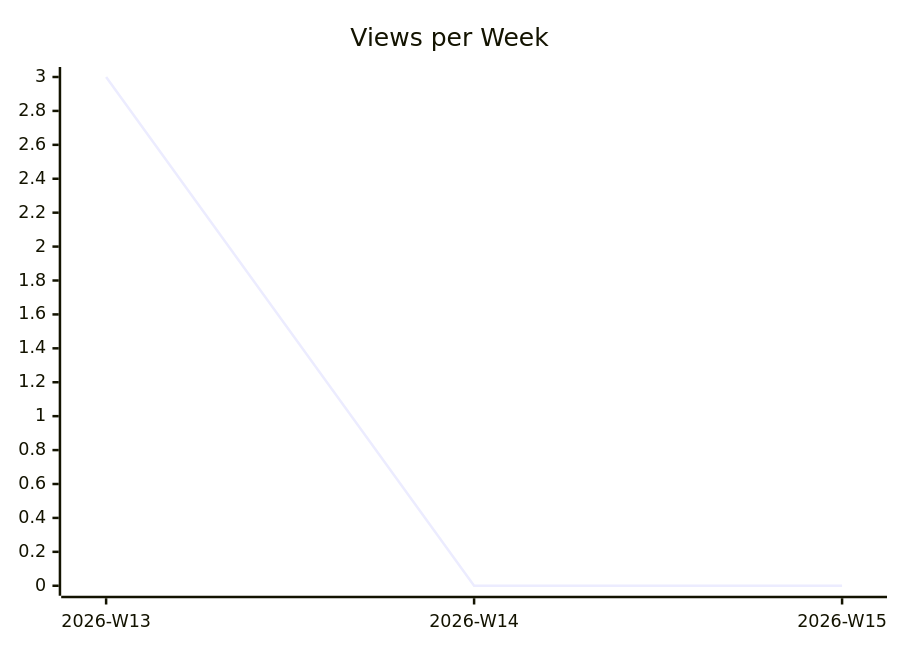
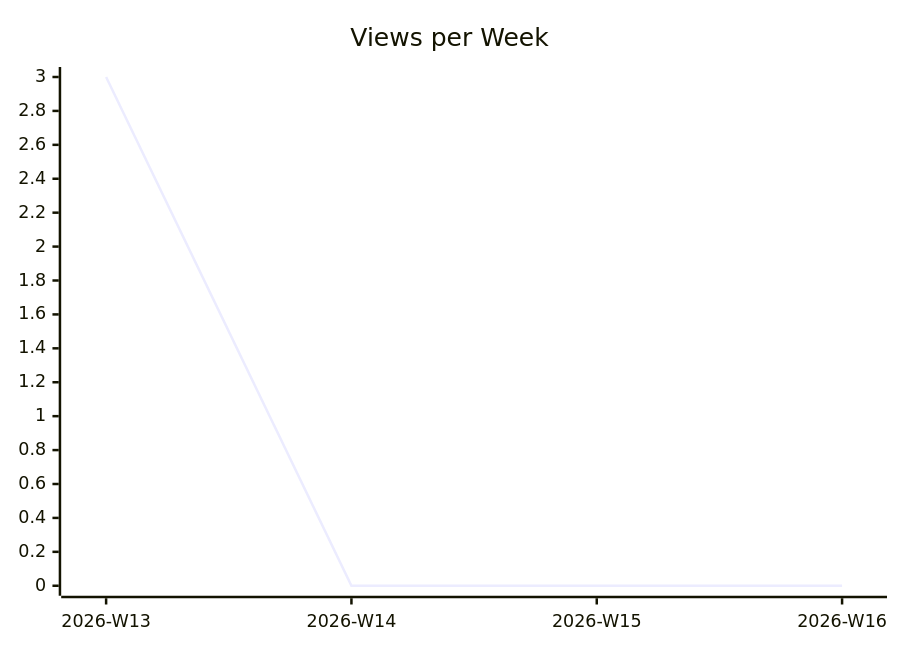
Before and after one commit to justdavis-family/github-analytics-data: the second of 3 diagrams in karlmdavis/kxml2/README.md, drawn with Mermaid. The commit also changed other lines of this file and 176 other files, not shown here.

````diff
--- a/karlmdavis/kxml2/README.md
+++ b/karlmdavis/kxml2/README.md
@@ -12,6 +12,6 @@
 ```mermaid
 xychart-beta
   title "Views per Week"
-  x-axis ["2026-W13", "2026-W14", "2026-W15"]
-  line [3, 0, 0]
+  x-axis ["2026-W13", "2026-W14", "2026-W15", "2026-W16"]
+  line [3, 0, 0, 0]
 ```
````
